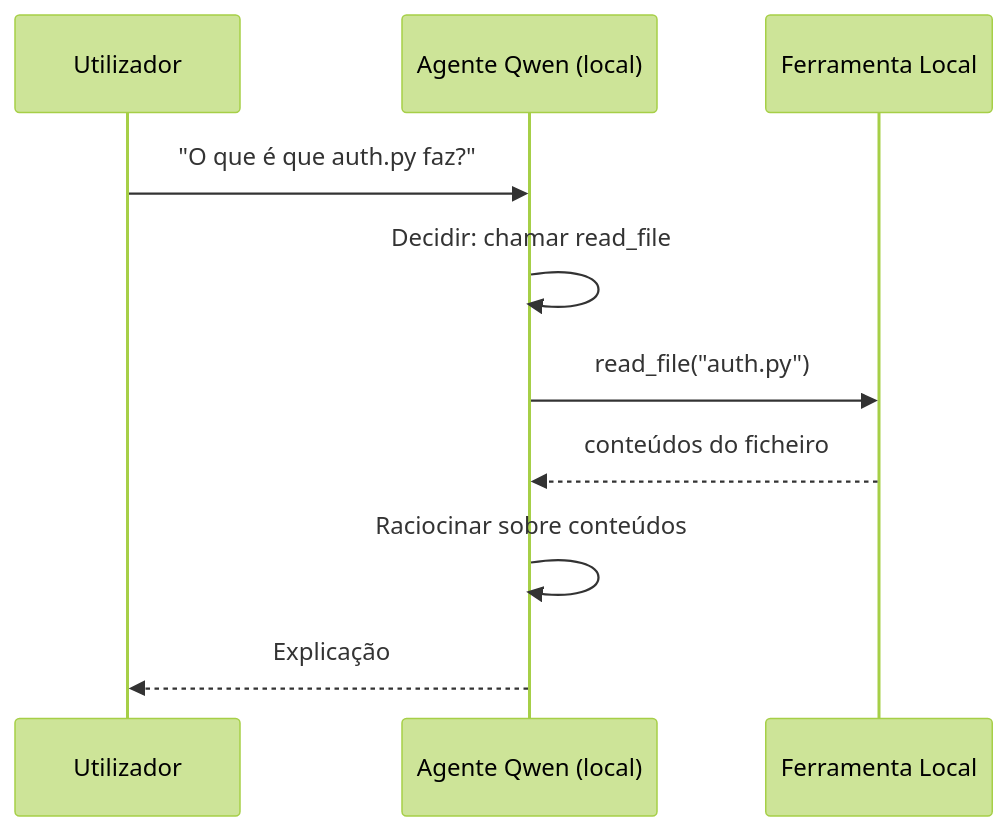
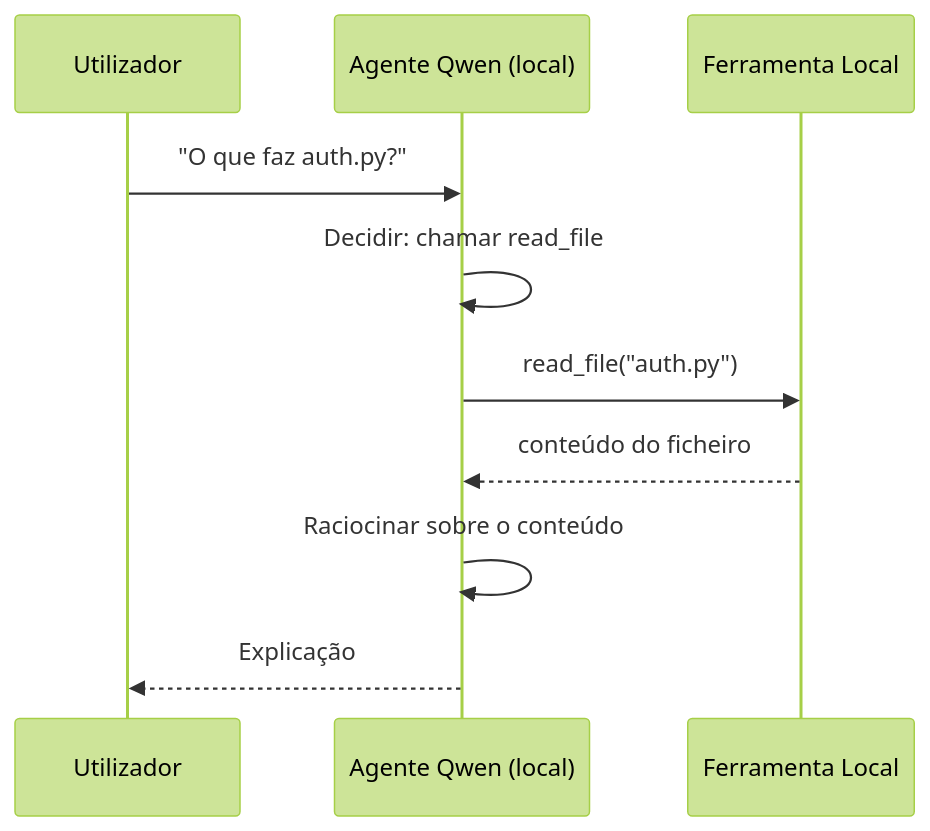
Before and after one commit to gabrielmoreira/agent-skills-mirror: the second of 4 diagrams in mirrors/repos/microsoft@ai-agents-for-beginners/translations/pt-PT/17-creating-local-ai-agents/README.md, drawn with Mermaid (forest theme). The commit also changed other lines of this file and 4262 other files, not shown here.

````diff
--- a/mirrors/repos/microsoft@ai-agents-for-beginners/translations/pt-PT/17-creating-local-ai-agents/README.md
+++ b/mirrors/repos/microsoft@ai-agents-for-beginners/translations/pt-PT/17-creating-local-ai-agents/README.md
@@ -106,12 +106,12 @@
 ```mermaid
 sequenceDiagram
     participant U as Utilizador
     participant A as Agente Qwen (local)
     participant T as Ferramenta Local
-    U->>A: "O que é que auth.py faz?"
+    U->>A: "O que faz auth.py?"
     A->>A: Decidir: chamar read_file
     A->>T: read_file("auth.py")
-    T-->>A: conteúdos do ficheiro
-    A->>A: Raciocinar sobre conteúdos
+    T-->>A: conteúdo do ficheiro
+    A->>A: Raciocinar sobre o conteúdo
     A-->>U: Explicação
 ```
````
